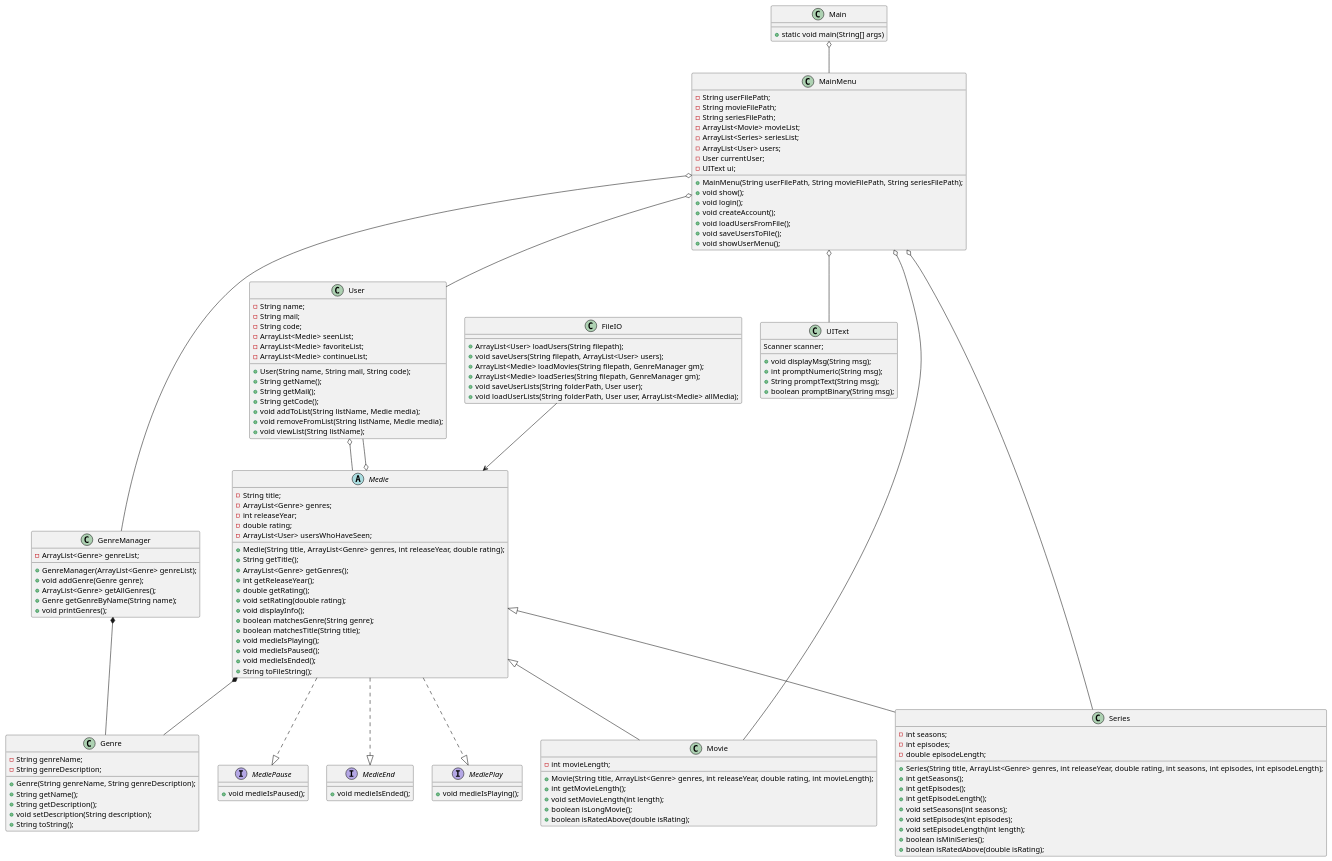
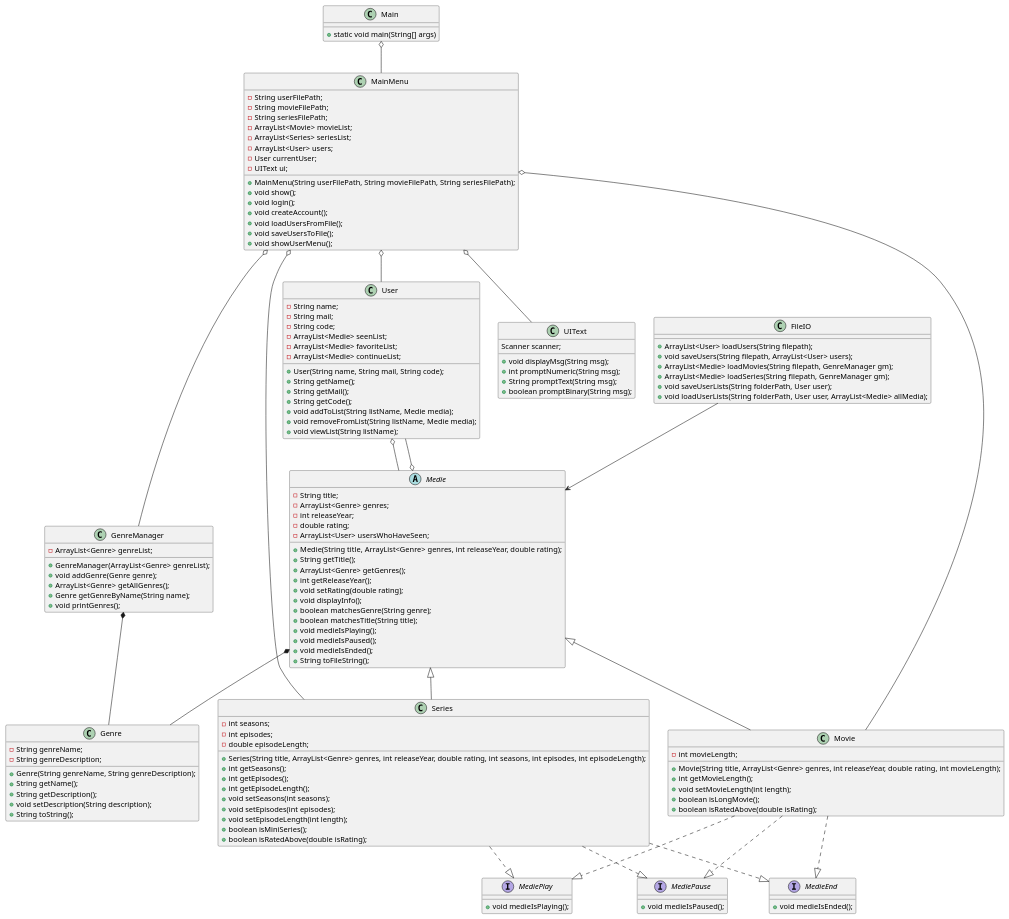
The diagram in doc/classdiagram_v1.puml (KhattabE/SP3), drawn with PlantUML before and after one commit. The commit also changed 3 other files, not shown here.

Commit message:
Updated class diagram, and added other stuff to classes

```diff
--- a/doc/classdiagram_v1.puml
+++ b/doc/classdiagram_v1.puml
@@ -1,165 +1,170 @@
 @startuml
 'https://plantuml.com/class-diagram
 
 class Main{
     +static void main(String[] args)
 }
 
 
 
 class MainMenu {
     -String userFilePath;
     -String movieFilePath;
     -String seriesFilePath;
     + MainMenu(String userFilePath, String movieFilePath, String seriesFilePath);
     -ArrayList<Movie> movieList;
     -ArrayList<Series> seriesList;
     -ArrayList<User> users;
     -User currentUser;
     -UIText ui;
 
     +void show();
     +void login();
     +void createAccount();
     +void loadUsersFromFile();
     +void saveUsersToFile();
     +void showUserMenu();
 }
 
 class UIText {
         Scanner scanner;
         +void displayMsg(String msg);
         +int promptNumeric(String msg);
         +String promptText(String msg);
         +boolean promptBinary(String msg);
 }
 
 class FileIO {
     +ArrayList<User> loadUsers(String filepath);
     +void saveUsers(String filepath, ArrayList<User> users);
     +ArrayList<Medie> loadMovies(String filepath, GenreManager gm);
     +ArrayList<Medie> loadSeries(String filepath, GenreManager gm);
     +void saveUserLists(String folderPath, User user);
     +void loadUserLists(String folderPath, User user, ArrayList<Medie> allMedia);
 }
 
 interface MediePlay {
     +void medieIsPlaying();
 }
 
 interface MediePause {
     +void medieIsPaused();
 }
 
 interface MedieEnd {
     +void medieIsEnded();
 }
 
 abstract class Medie {
     -String title;
     -ArrayList<Genre> genres;
     -int releaseYear;
     -double rating;
     -ArrayList<User> usersWhoHaveSeen;
 
     +Medie(String title, ArrayList<Genre> genres, int releaseYear, double rating);
     +String getTitle();
     +ArrayList<Genre> getGenres();
     +int getReleaseYear();
-    +double getRating();
     +void setRating(double rating);
     +void displayInfo();
     +boolean matchesGenre(String genre);
     +boolean matchesTitle(String title);
     +void medieIsPlaying();
     +void medieIsPaused();
     +void medieIsEnded();
     +String toFileString();
 }
 class Movie {
     -int movieLength;
 
     +Movie(String title, ArrayList<Genre> genres, int releaseYear, double rating, int movieLength);
     +int getMovieLength();
     +void setMovieLength(int length);
     +boolean isLongMovie();
     +boolean isRatedAbove(double isRating);
 }
 
 class Series {
     -int seasons;
     -int episodes;
     -double episodeLength;
     +Series(String title, ArrayList<Genre> genres, int releaseYear, double rating, int seasons, int episodes, int episodeLength);
     +int getSeasons();
     +int getEpisodes();
     +int getEpisodeLength();
     +void setSeasons(int seasons);
     +void setEpisodes(int episodes);
     +void setEpisodeLength(int length);
     +boolean isMiniSeries();
     +boolean isRatedAbove(double isRating);
 }
 
 class User {
     -String name;
     -String mail;
     -String code;
     -ArrayList<Medie> seenList;
     -ArrayList<Medie> favoriteList;
     -ArrayList<Medie> continueList;
     +User(String name, String mail, String code);
     +String getName();
     +String getMail();
     +String getCode();
     +void addToList(String listName, Medie media);
     +void removeFromList(String listName, Medie media);
     +void viewList(String listName);
 }
 
 class Genre {
     -String genreName;
     -String genreDescription;
     +Genre(String genreName, String genreDescription);
     +String getName();
     +String getDescription();
     +void setDescription(String description);
     +String toString();
 }
 
 class GenreManager {
     -ArrayList<Genre> genreList;
     +GenreManager(ArrayList<Genre> genreList);
     +void addGenre(Genre genre);
     +ArrayList<Genre> getAllGenres();
     +Genre getGenreByName(String name);
     +void printGenres();
 }
 
 ' IS-A relationships
 Medie <|-- Movie
 Medie <|-- Series
 
-Medie ..|> MediePlay
-Medie ..|> MediePause
-Medie ..|> MedieEnd
+Movie ..|> MediePlay
+Movie ..|> MediePause
+Movie ..|> MedieEnd
+
+Series ..|> MediePlay
+Series ..|> MediePause
+Series ..|> MedieEnd
+
+
 
 ' HAS-A relationships
 MainMenu o-- User
 MainMenu o-- UIText
 MainMenu o-- Movie
 MainMenu o-- Series
 MainMenu o-- GenreManager
 
 User o-- Medie
 Medie *-- Genre
 Medie o-- User
 
 GenreManager *-- Genre
 
 FileIO --> Medie
 Main o-- MainMenu
 
 
 
 @enduml
```
